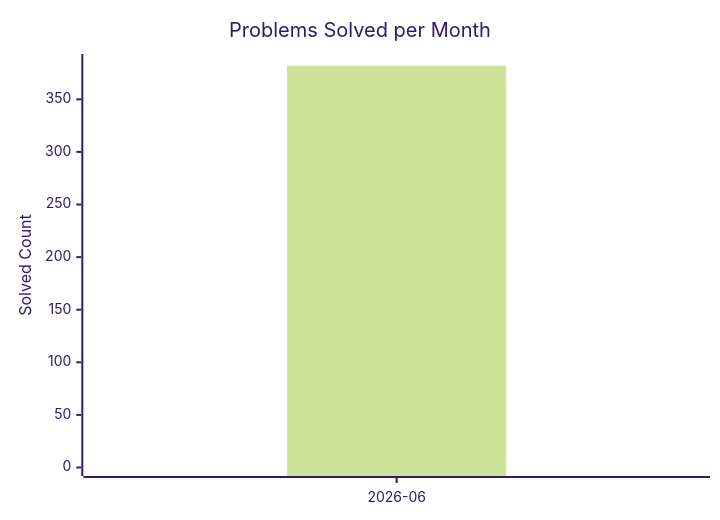
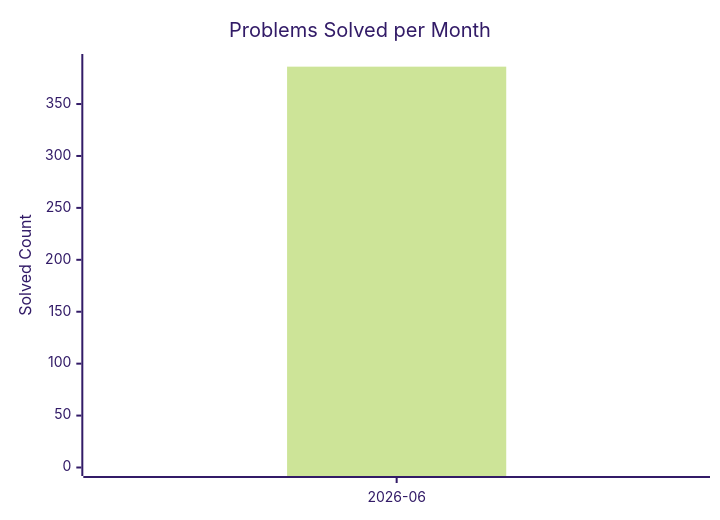
One commit to AdityaPandey-DEV/CP-Progress-Sync changed the diagram in dashboard.md. Above: the diagram before and after it, drawn with Mermaid (forest theme). The commit also changed other lines of this file, not shown here.

Commit message:
Auto-update CP dashboard [skip ci]

````diff
--- a/dashboard.md
+++ b/dashboard.md
@@ -8,8 +8,8 @@
 ```mermaid
 xychart-beta
     title "Problems Solved per Month"
     x-axis ["2026-06"]
-    y-axis "Solved Count" 0 --> 385
-    bar [382]
-    line [382]
+    y-axis "Solved Count" 0 --> 390
+    bar [386]
+    line [386]
 ```
````
